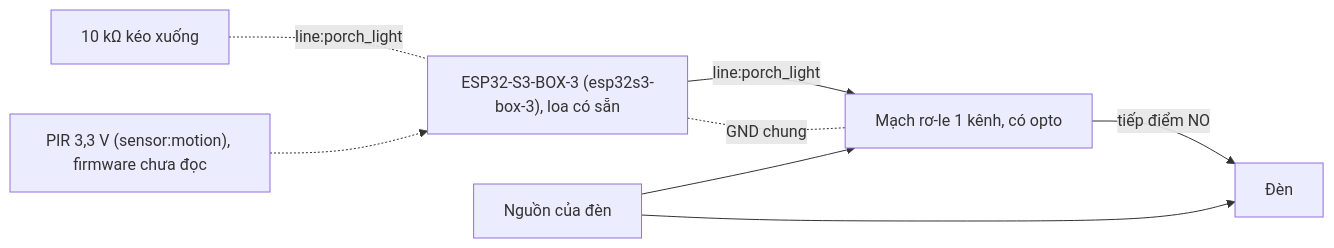
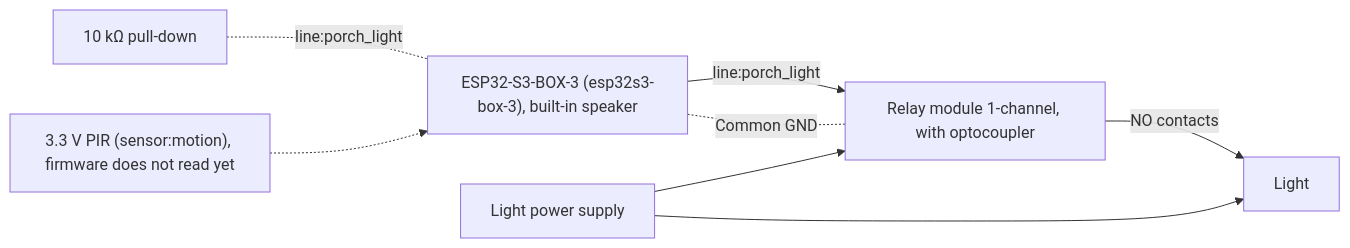
Before and after one commit to letrongminh/neuroedge-init: the second of 2 diagrams in docs/user/kit-tro-ly-giong-noi.md, drawn with Mermaid. The commit also changed other lines of this file and 57 other files, not shown here.

Commit message:
docs in English: spec, architecture 00-05, RFCs, user docs, kits, partner guides, demos, reports, Blueprint proposal

````diff
--- a/docs/user/kit-tro-ly-giong-noi.md
+++ b/docs/user/kit-tro-ly-giong-noi.md
@@ -68,10 +68,10 @@
 ```mermaid
 flowchart LR
-  BOX["ESP32-S3-BOX-3 (esp32s3-box-3), loa có sẵn"] -->|"line:porch_light"| RL["Mạch rơ-le 1 kênh, có opto"]
-  BOX -. "GND chung" .- RL
-  PSU["Nguồn của đèn"] --> RL
-  RL -->|"tiếp điểm NO"| LAMP["Đèn"]
+  BOX["ESP32-S3-BOX-3 (esp32s3-box-3), built-in speaker"] -->|"line:porch_light"| RL["Relay module 1-channel, with optocoupler"]
+  BOX -. "Common GND" .- RL
+  PSU["Light power supply"] --> RL
+  RL -->|"NO contacts"| LAMP["Light"]
   PSU --> LAMP
-  PD["10 kΩ kéo xuống"] -. "line:porch_light" .- BOX
-  PIR["PIR 3,3 V (sensor:motion), firmware chưa đọc"] -.-> BOX
+  PD["10 kΩ pull-down"] -. "line:porch_light" .- BOX
+  PIR["3.3 V PIR (sensor:motion), firmware does not read yet"] -.-> BOX
 ```
````
